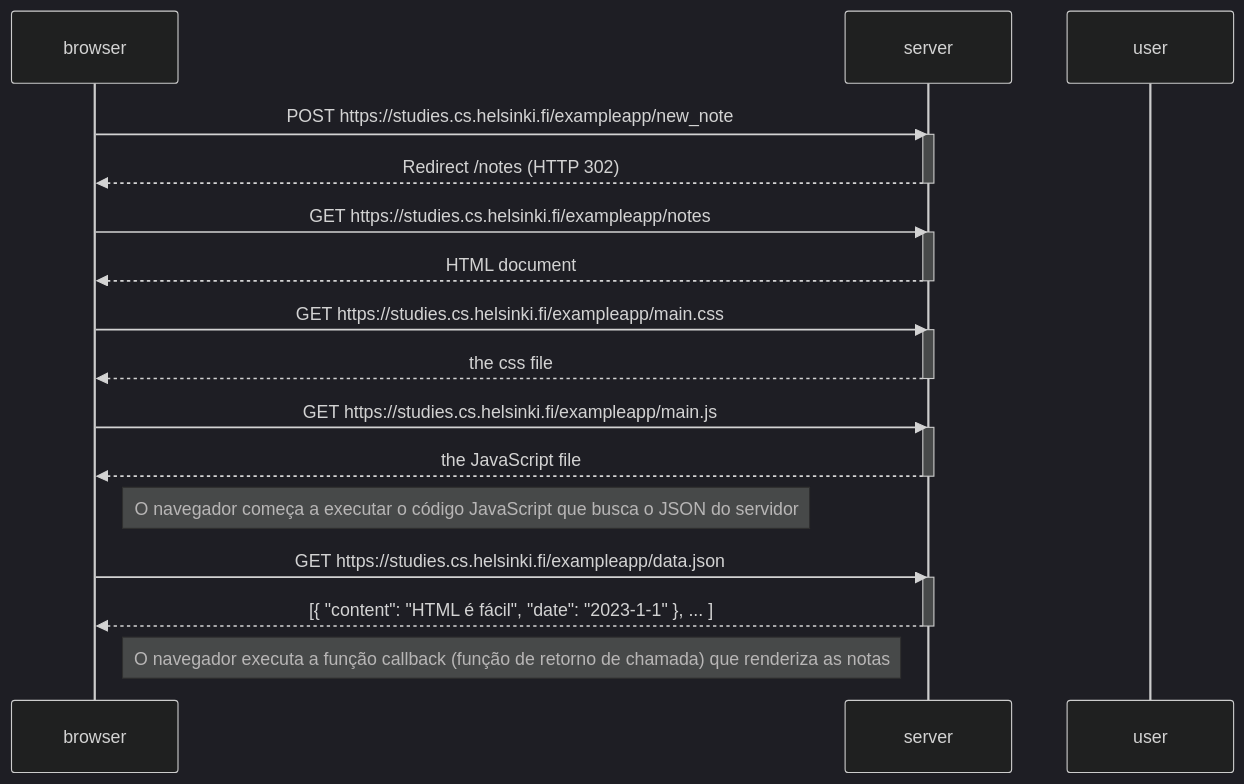
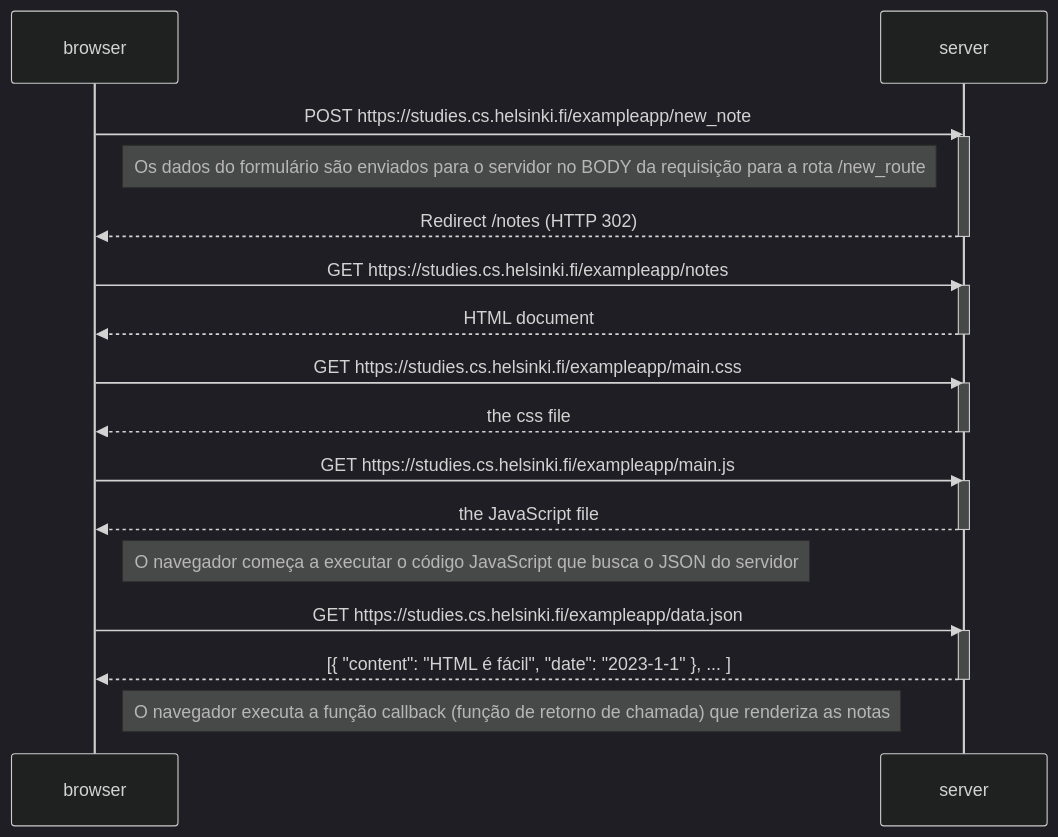
One commit to VitorVA6/fullstackopen changed the diagram in part0/readme.md. Above: the diagram before and after it, drawn with Mermaid (dark theme).

Commit message:
feat: adding a note to diagram

````diff
--- a/part0/readme.md
+++ b/part0/readme.md
@@ -1,35 +1,37 @@
 ```mermaid
 sequenceDiagram
     participant browser
     participant server
-    participant user
 
     browser->>server: POST https://studies.cs.helsinki.fi/exampleapp/new_note
     activate server
+
+    Note right of browser: Os dados do formulário são enviados para o servidor no BODY da requisição para a rota /new_route
+
     server-->>browser: Redirect /notes (HTTP 302)
     deactivate server
 
     browser->>server: GET https://studies.cs.helsinki.fi/exampleapp/notes
     activate server
     server-->>browser: HTML document
     deactivate server
 
     browser->>server: GET https://studies.cs.helsinki.fi/exampleapp/main.css
     activate server
     server-->>browser: the css file
     deactivate server
 
     browser->>server: GET https://studies.cs.helsinki.fi/exampleapp/main.js
     activate server
     server-->>browser: the JavaScript file
     deactivate server
 
     Note right of browser: O navegador começa a executar o código JavaScript que busca o JSON do servidor
 
     browser->>server: GET https://studies.cs.helsinki.fi/exampleapp/data.json
     activate server
     server-->>browser: [{ "content": "HTML é fácil", "date": "2023-1-1" }, ... ]
     deactivate server
 
     Note right of browser: O navegador executa a função callback (função de retorno de chamada) que renderiza as notas
 ```
````
